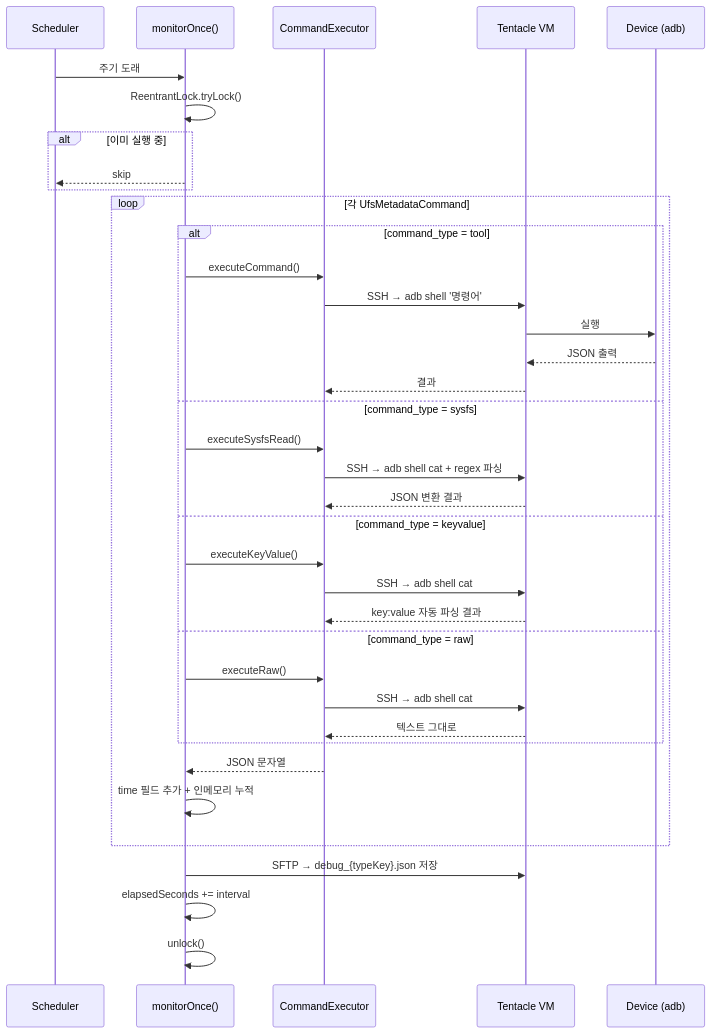
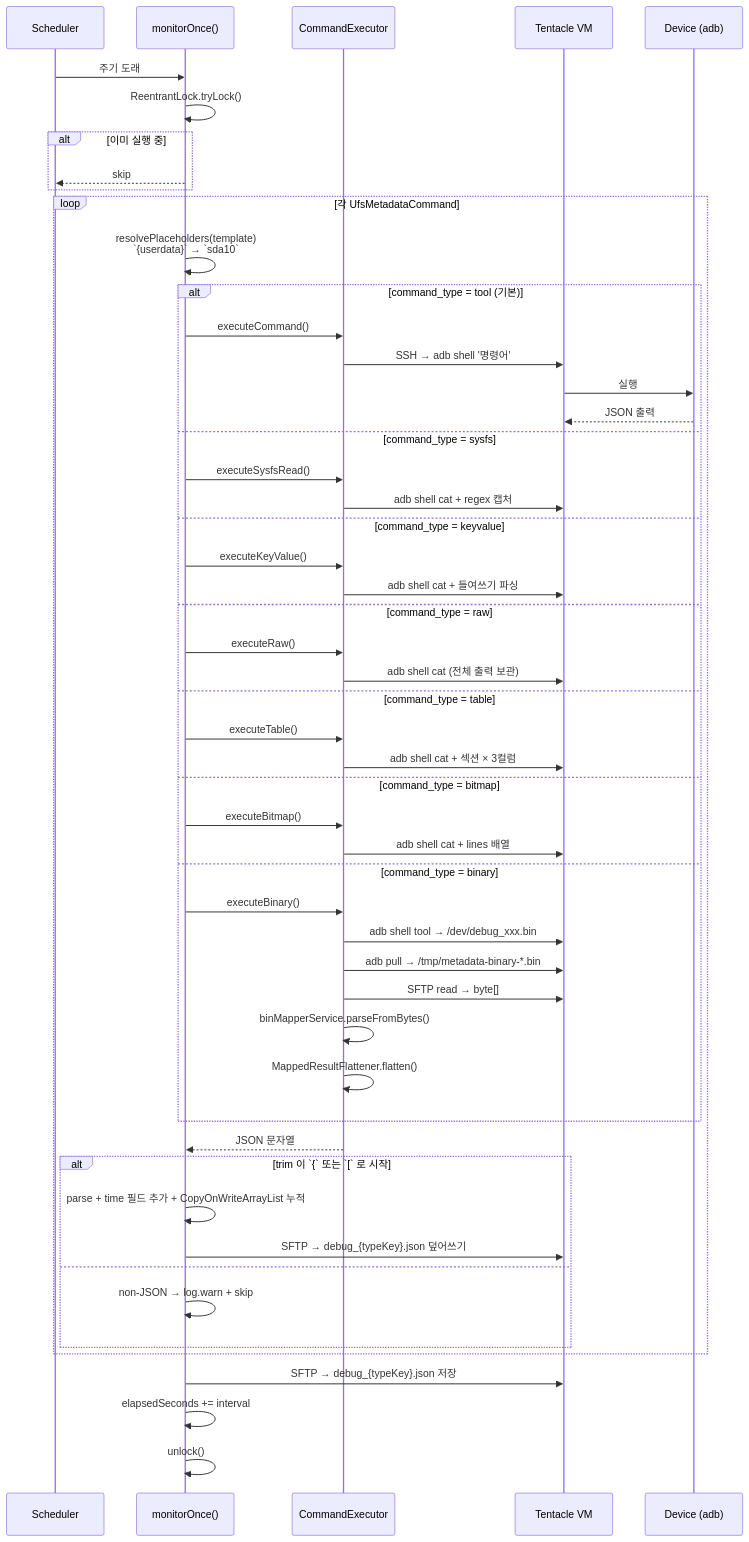
One commit to kakaromo/kakaromo.github.io changed the sixth of 10 diagrams in src/content/docs/architecture/ufs-metadata.md. Above: the diagram before and after it, drawn with Mermaid. The commit also changed other lines of this file and 1 other file, not shown here.

````diff
--- a/src/content/docs/architecture/ufs-metadata.md
+++ b/src/content/docs/architecture/ufs-metadata.md
@@ -221,42 +346,57 @@
 ```mermaid
 sequenceDiagram
     participant S as Scheduler
     participant M as monitorOnce()
     participant E as CommandExecutor
     participant VM as Tentacle VM
     participant DEV as Device (adb)
 
     S->>M: 주기 도래
     M->>M: ReentrantLock.tryLock()
     alt 이미 실행 중
         M-->>S: skip
     end
 
     loop 각 UfsMetadataCommand
-        alt command_type = tool
+        M->>M: resolvePlaceholders(template) <br/> `{userdata}` → `sda10`
+        alt command_type = tool (기본)
             M->>E: executeCommand()
             E->>VM: SSH → adb shell '명령어'
             VM->>DEV: 실행
             DEV-->>VM: JSON 출력
-            VM-->>E: 결과
         else command_type = sysfs
             M->>E: executeSysfsRead()
-            E->>VM: SSH → adb shell cat + regex 파싱
-            VM-->>E: JSON 변환 결과
+            E->>VM: adb shell cat + regex 캡처
         else command_type = keyvalue
             M->>E: executeKeyValue()
-            E->>VM: SSH → adb shell cat
-            VM-->>E: key:value 자동 파싱 결과
+            E->>VM: adb shell cat + 들여쓰기 파싱
         else command_type = raw
             M->>E: executeRaw()
-            E->>VM: SSH → adb shell cat
-            VM-->>E: 텍스트 그대로
+            E->>VM: adb shell cat (전체 출력 보관)
+        else command_type = table
+            M->>E: executeTable()
+            E->>VM: adb shell cat + 섹션 × 3컬럼
+        else command_type = bitmap
+            M->>E: executeBitmap()
+            E->>VM: adb shell cat + lines 배열
+        else command_type = binary
+            M->>E: executeBinary()
+            E->>VM: adb shell tool → /dev/debug_xxx.bin
+            E->>VM: adb pull → /tmp/metadata-binary-*.bin
+            E->>VM: SFTP read → byte[]
+            E->>E: binMapperService.parseFromBytes()
+            E->>E: MappedResultFlattener.flatten()
         end
         E-->>M: JSON 문자열
-        M->>M: time 필드 추가 + 인메모리 누적
+        alt trim 이 `{` 또는 `[` 로 시작
+            M->>M: parse + time 필드 추가 + CopyOnWriteArrayList 누적
+            M->>VM: SFTP → debug_{typeKey}.json 덮어쓰기
+        else
+            M->>M: non-JSON → log.warn + skip
+        end
     end
 
     M->>VM: SFTP → debug_{typeKey}.json 저장
     M->>M: elapsedSeconds += interval
     M->>M: unlock()
 ```
````
